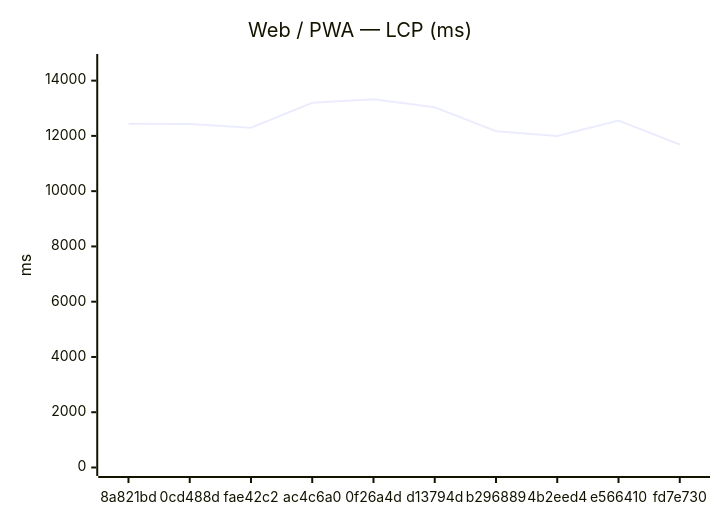
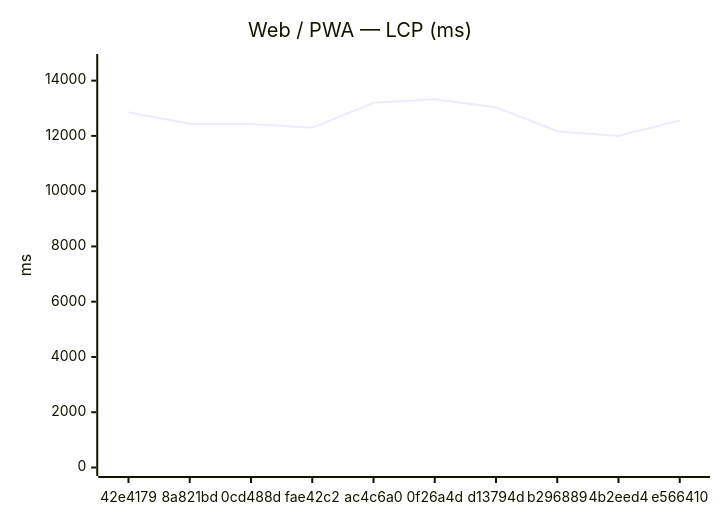
Before and after one commit to Metaheurist/Rianell: the first of 18 diagrams in benchmarks/compare.md, drawn with Mermaid. The commit also changed other lines of this file and 11 other files, not shown here.

````diff
--- a/benchmarks/compare.md
+++ b/benchmarks/compare.md
@@ -24,7 +24,7 @@
 ```mermaid
 xychart-beta
     title "Web / PWA — LCP (ms)"
-    x-axis ["8a821bd", "0cd488d", "fae42c2", "ac4c6a0", "0f26a4d", "d13794d", "b296889", "4b2eed4", "e566410", "fd7e730"]
+    x-axis ["42e4179", "8a821bd", "0cd488d", "fae42c2", "ac4c6a0", "0f26a4d", "d13794d", "b296889", "4b2eed4", "e566410"]
     y-axis "ms" 0 --> 14656
-    line [12437, 12430, 12295, 13197, 13323, 13038, 12168, 11999, 12553, 11687]
+    line [12854, 12437, 12430, 12295, 13197, 13323, 13038, 12168, 11999, 12553]
 ```
````
